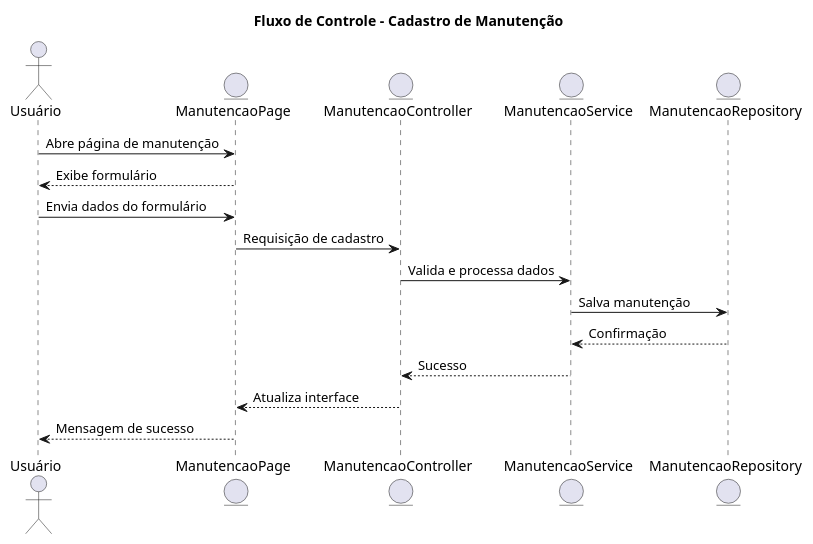
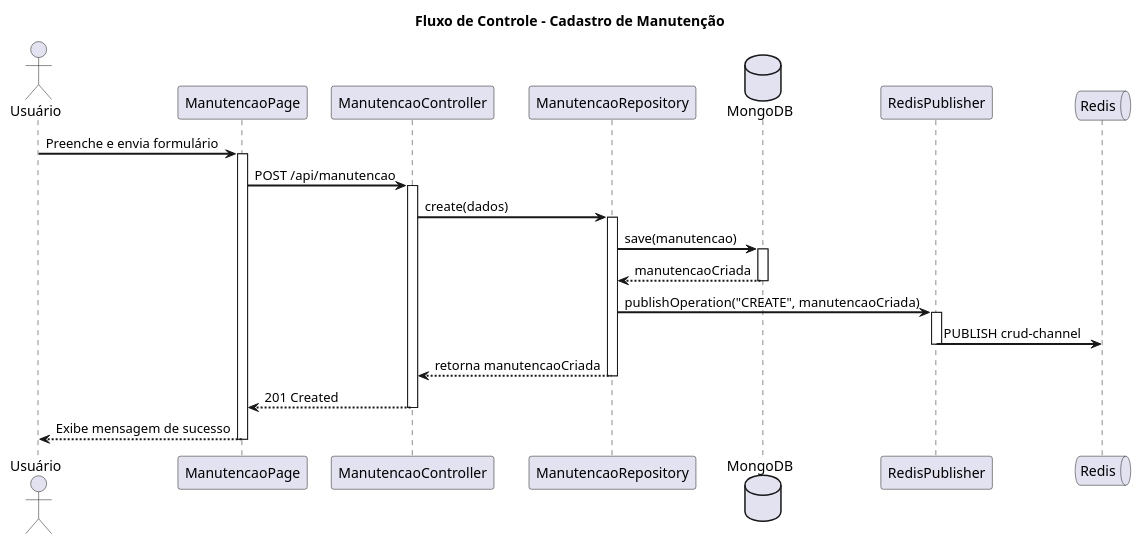
Before and after one commit to SPD-BES-2025-3/grupo10: the diagram in 3- DESIGN/diagramaSequenciaManutencao.puml, drawn with PlantUML. The commit also changed 39 other files, not shown here.

Commit message:
fix crud de estoque e manutenção

```diff
--- a/3- DESIGN/diagramaSequenciaManutencao.puml
+++ b/3- DESIGN/diagramaSequenciaManutencao.puml
@@ -1,23 +1,44 @@
-@startuml
+@startuml Fluxo de Cadastro de Manutenção
+
 title "Fluxo de Controle - Cadastro de Manutenção"
 
 actor "Usuário" as usr
+participant "ManutencaoPage" as page
+participant "ManutencaoController" as controller
+participant "ManutencaoRepository" as repository
+database "MongoDB" as db
+participant "RedisPublisher" as publisher
+queue "Redis" as redis
 
-entity "ManutencaoPage" as page
-entity "ManutencaoController" as controller
-entity "ManutencaoService" as service
-entity "ManutencaoRepository" as repository
+skinparam sequenceArrowThickness 2
+skinparam roundcorner 10
 
-usr -> page: Abre página de manutenção
-page --> usr: Exibe formulário
+usr -> page: Preenche e envia formulário
+activate page
 
-usr -> page: Envia dados do formulário
-page -> controller: Requisição de cadastro
-controller -> service: Valida e processa dados
-service -> repository: Salva manutenção
-repository --> service: Confirmação
-service --> controller: Sucesso
-controller --> page: Atualiza interface
-page --> usr: Mensagem de sucesso
+page -> controller: POST /api/manutencao
+activate controller
+
+controller -> repository: create(dados)
+activate repository
+
+repository -> db: save(manutencao)
+activate db
+db --> repository: manutencaoCriada
+deactivate db
+
+repository -> publisher: publishOperation("CREATE", manutencaoCriada)
+activate publisher
+publisher -> redis: PUBLISH crud-channel
+deactivate publisher
+
+repository --> controller: retorna manutencaoCriada
+deactivate repository
+
+controller --> page: 201 Created
+deactivate controller
+
+page --> usr: Exibe mensagem de sucesso
+deactivate page
 
 @enduml
```
